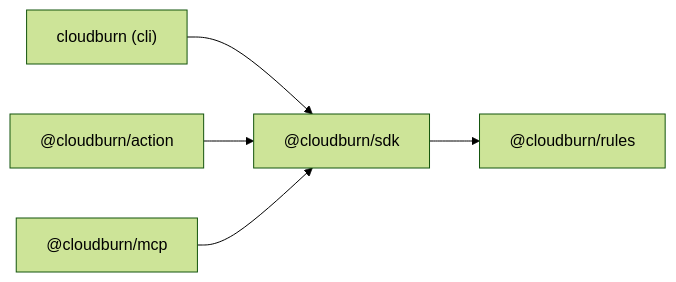
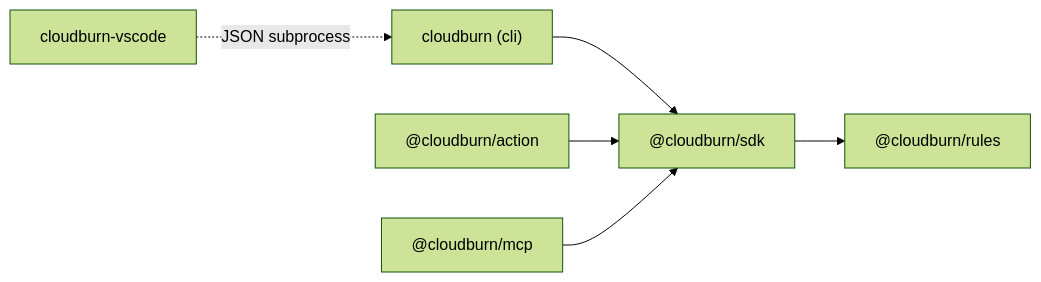
One commit to towardsthecloud/cloudburn changed the first of 3 diagrams in docs/ARCHITECTURE.md. Above: the diagram before and after it, drawn with Mermaid (forest theme). The commit also changed other lines of this file and 29 other files, not shown here.

````diff
--- a/docs/ARCHITECTURE.md
+++ b/docs/ARCHITECTURE.md
@@ -7,7 +7,8 @@
 ```mermaid
 graph LR
   CLI["cloudburn (cli)"] --> SDK["@cloudburn/sdk"]
+  VSCode["cloudburn-vscode"] -. JSON subprocess .-> CLI
   Action["@cloudburn/action"] --> SDK
   MCP["@cloudburn/mcp"] --> SDK
   SDK --> Rules["@cloudburn/rules"]
 ```
````
